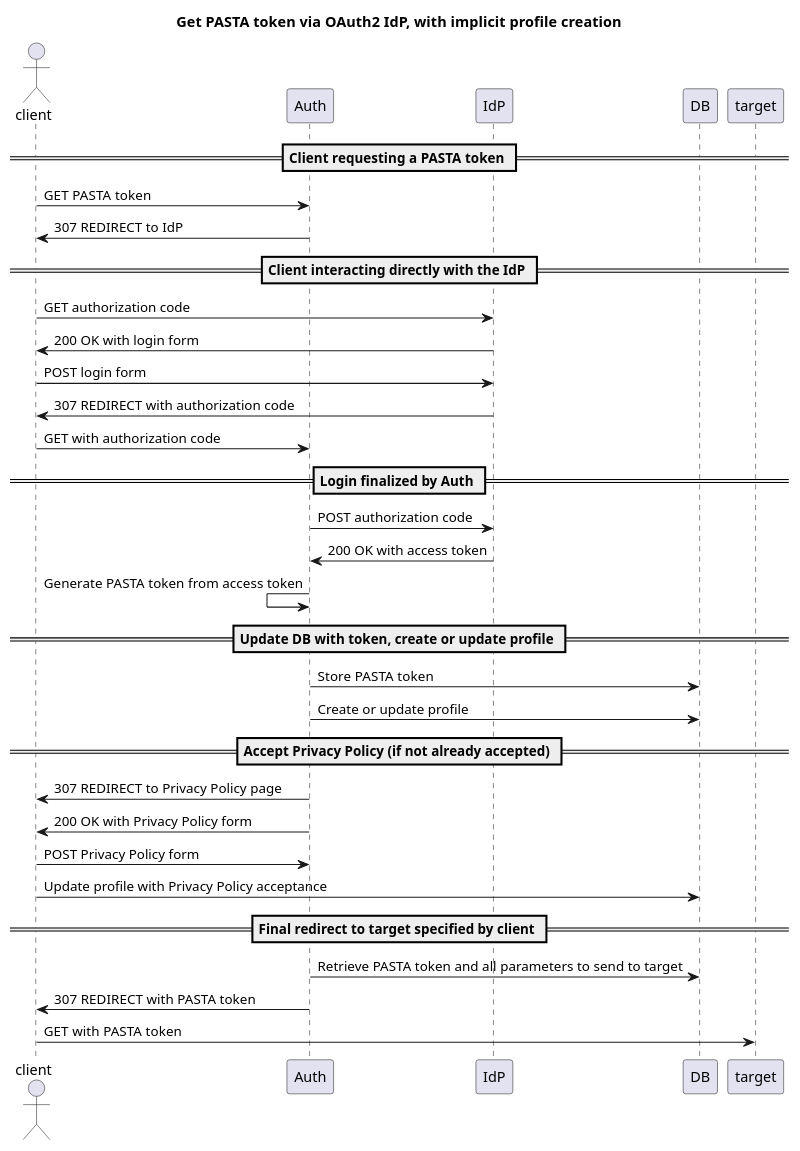
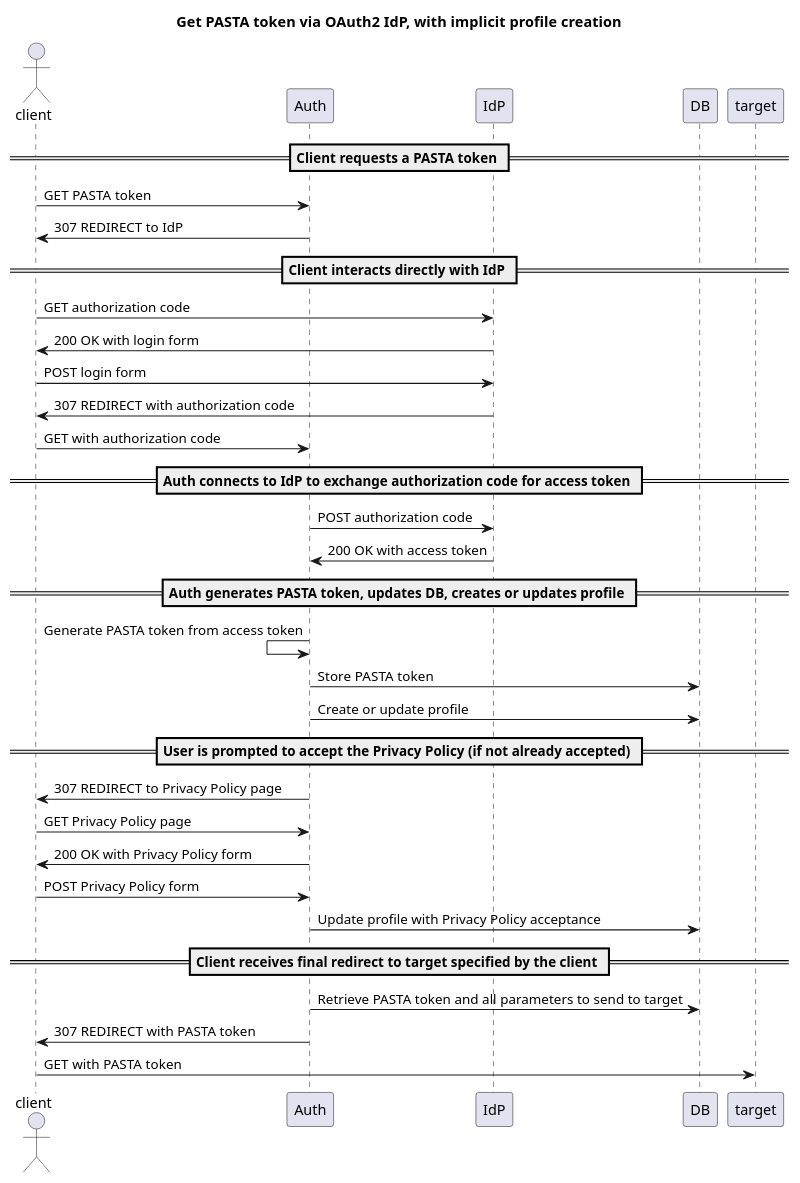
One commit to PASTAplus/auth changed the diagram in docs/auth-token-and-profile.puml. Above: the diagram before and after it, drawn with PlantUML.

Commit message:
Create sequence diagrams that includes implicit user profile generation #31

```diff
--- a/docs/auth-token-and-profile.puml
+++ b/docs/auth-token-and-profile.puml
@@ -1,46 +1,47 @@
 @startuml
 actor client
 participant Auth
 participant IdP
 participant DB
 
 title Get PASTA token via OAuth2 IdP, with implicit profile creation
 
-== Client requesting a PASTA token ==
+== Client requests a PASTA token ==
 
 client -> Auth       : GET PASTA token
 client <- Auth       : 307 REDIRECT to IdP
 
-== Client interacting directly with the IdP ==
+== Client interacts directly with IdP ==
 
 client -> IdP        : GET authorization code
 client <- IdP        : 200 OK with login form
 client -> IdP        : POST login form
 client <- IdP        : 307 REDIRECT with authorization code
 client -> Auth       : GET with authorization code
 
-== Login finalized by Auth ==
+== Auth connects to IdP to exchange authorization code for access token ==
 
 Auth -> IdP          : POST authorization code
 Auth <- IdP          : 200 OK with access token
+
+== Auth generates PASTA token, updates DB, creates or updates profile ==
+
 Auth <- Auth         : Generate PASTA token from access token
-
-== Update DB with token, create or update profile ==
-
 Auth -> DB           : Store PASTA token
 Auth -> DB           : Create or update profile
 
-== Accept Privacy Policy (if not already accepted) ==
+== User is prompted to accept the Privacy Policy (if not already accepted) ==
 
 client <- Auth       : 307 REDIRECT to Privacy Policy page
+client -> Auth       : GET Privacy Policy page
 client <- Auth       : 200 OK with Privacy Policy form
 client -> Auth       : POST Privacy Policy form
-client -> DB         : Update profile with Privacy Policy acceptance
+Auth -> DB         : Update profile with Privacy Policy acceptance
 
-== Final redirect to target specified by client ==
+== Client receives final redirect to target specified by the client ==
 
 Auth -> DB           : Retrieve PASTA token and all parameters to send to target
 client <- Auth       : 307 REDIRECT with PASTA token
 client -> target     : GET with PASTA token
 
 @enduml
```
